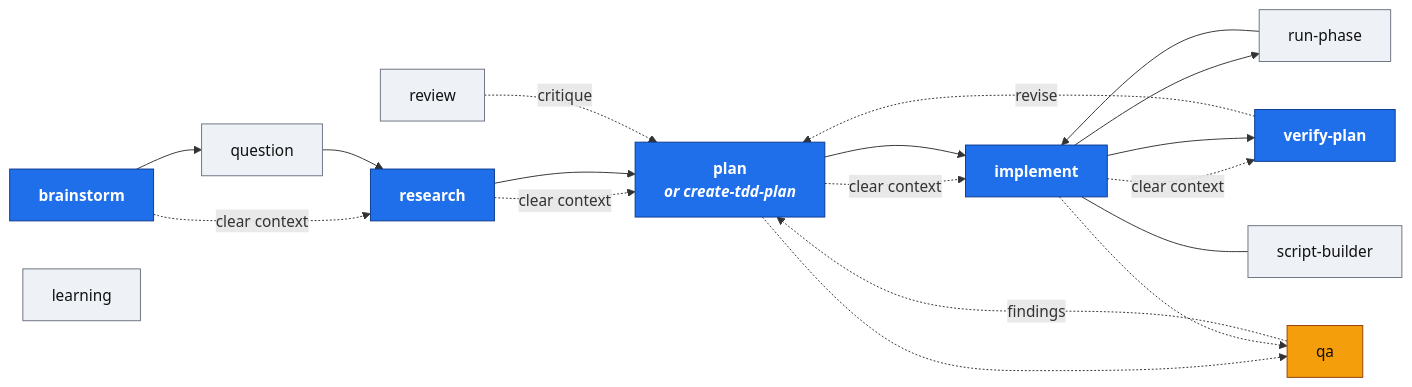
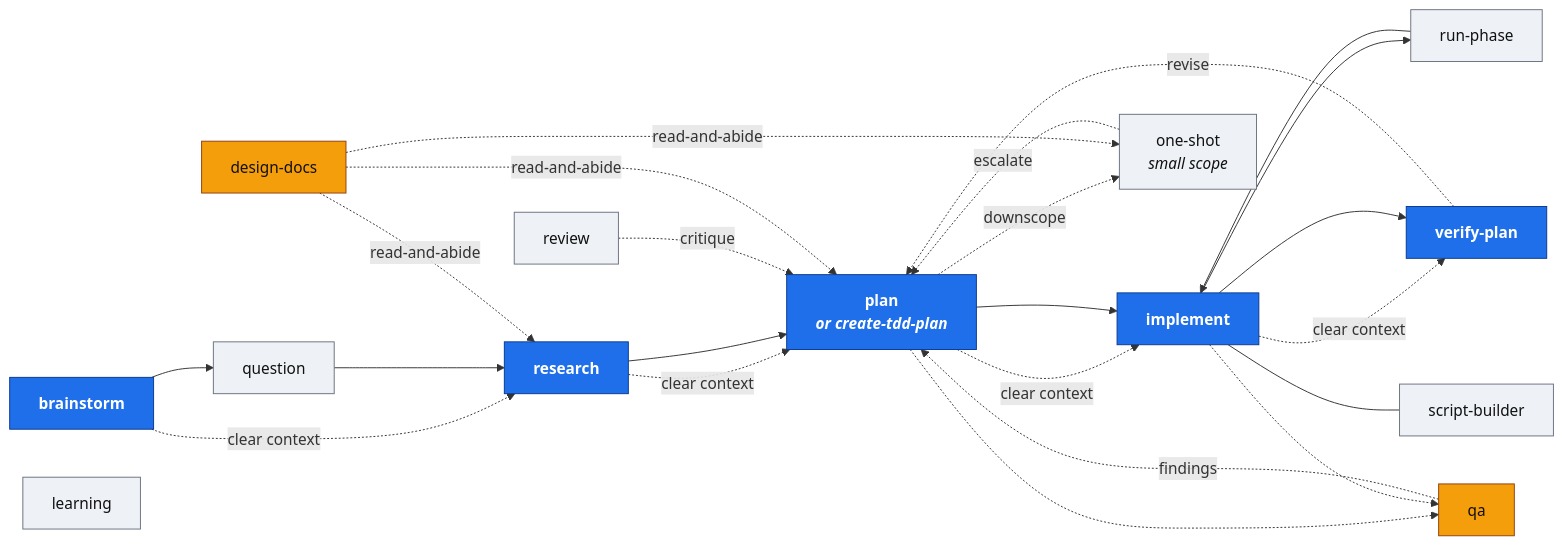
One commit to desplega-ai/ai-toolbox changed the diagram in cc-plugin/base/README.md. Above: the diagram before and after it, drawn with Mermaid. The commit also changed other lines of this file and 8 other files, not shown here.

First line of the commit message:
feat(cc-desplega): one-shot + design-docs skills, read-and-abide wiring (v2.5.0) (#31)

````diff
--- a/cc-plugin/base/README.md
+++ b/cc-plugin/base/README.md
@@ -178,37 +185,45 @@
 ```mermaid
 flowchart LR
     B[brainstorm]:::stage
     Q[question]:::aux
     R[research]:::stage
     P["plan<br/><i>or create-tdd-plan</i>"]:::stage
     I[implement]:::stage
     PR[run-phase]:::aux
     V[verify-plan]:::stage
     QA[qa]:::parallel
     SB[script-builder]:::aux
     L[learning]:::aux
     RV[review]:::aux
+    OS["one-shot<br/><i>small scope</i>"]:::aux
+    DD[design-docs]:::parallel
 
     B -.->|clear context| R
     R -.->|clear context| P
     P -.->|clear context| I
     I -.->|clear context| V
 
     B --> Q --> R
     R --> P
     P --> I
     I --> PR --> I
     I --> V
 
     P -.-> QA
     I -.-> QA
     QA -.->|findings| P
 
     I --- SB
     V -.->|revise| P
     RV -.->|critique| P
 
+    P -.->|downscope| OS
+    OS -.->|escalate| P
+    DD -.->|read-and-abide| R
+    DD -.->|read-and-abide| P
+    DD -.->|read-and-abide| OS
+
     classDef stage fill:#1f6feb,stroke:#0b3a8f,color:#fff,font-weight:bold;
     classDef aux fill:#eef2f7,stroke:#6b7280,color:#111;
     classDef parallel fill:#f59e0b,stroke:#92400e,color:#111;
 ```
````
